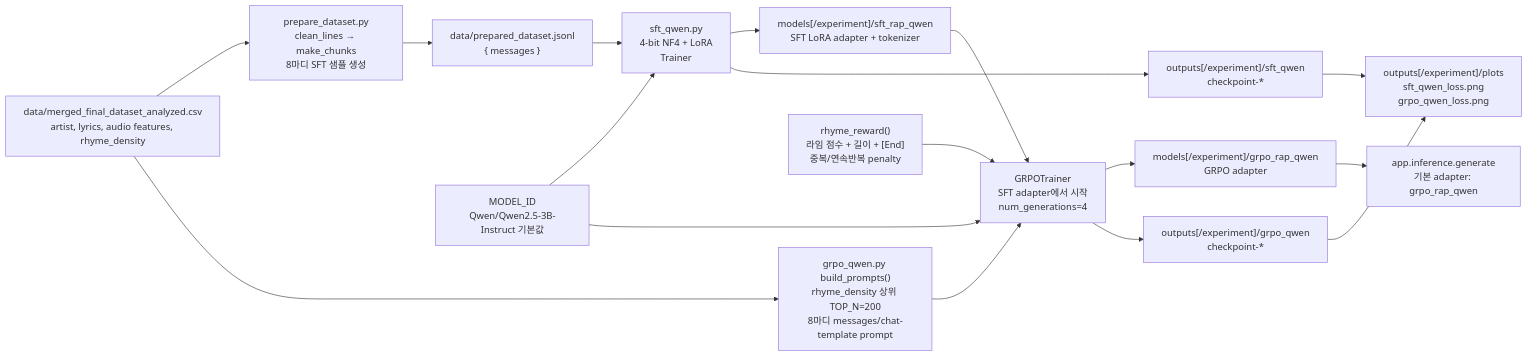
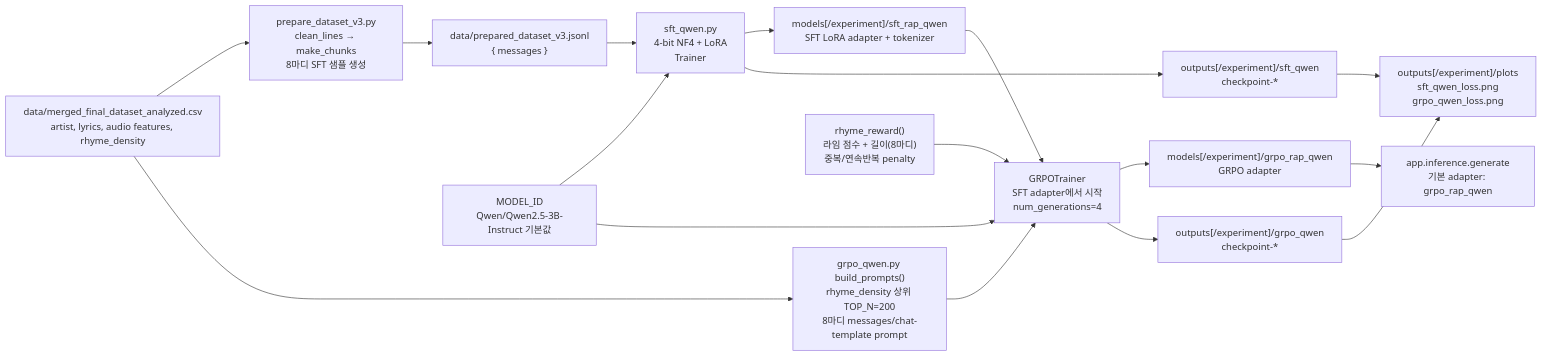
The second of 2 diagrams in pmtm-ai/docs/training-pipeline.md (hnuu785/PMTM), drawn with Mermaid before and after one commit. The commit also changed 14 other files, not shown here.

````diff
--- a/pmtm-ai/docs/training-pipeline.md
+++ b/pmtm-ai/docs/training-pipeline.md
@@ -39,38 +39,38 @@
 ```mermaid
 flowchart LR
     RawCSV["data/merged_final_dataset_analyzed.csv<br/>artist, lyrics, audio features, rhyme_density"]
-    Prepare["prepare_dataset.py<br/>clean_lines → make_chunks<br/>8마디 SFT 샘플 생성"]
-    Jsonl["data/prepared_dataset.jsonl<br/>{ messages }"]
+    Prepare["prepare_dataset_v3.py<br/>clean_lines → make_chunks<br/>8마디 SFT 샘플 생성"]
+    Jsonl["data/prepared_dataset_v3.jsonl<br/>{ messages }"]
 
     Base["MODEL_ID<br/>Qwen/Qwen2.5-3B-Instruct 기본값"]
     SFTTrain["sft_qwen.py<br/>4-bit NF4 + LoRA<br/>Trainer"]
     SFTOut["models[/experiment]/sft_rap_qwen<br/>SFT LoRA adapter + tokenizer"]
     SFTCkpt["outputs[/experiment]/sft_qwen<br/>checkpoint-*"]
 
     PromptBuild["grpo_qwen.py build_prompts()<br/>rhyme_density 상위 TOP_N=200<br/>8마디 messages/chat-template prompt"]
-    Reward["rhyme_reward()<br/>라임 점수 + 길이 + [End]<br/>중복/연속반복 penalty"]
+    Reward["rhyme_reward()<br/>라임 점수 + 길이(8마디)<br/>중복/연속반복 penalty"]
     GRPOTrain["GRPOTrainer<br/>SFT adapter에서 시작<br/>num_generations=4"]
     GRPOOut["models[/experiment]/grpo_rap_qwen<br/>GRPO adapter"]
     GRPOCkpt["outputs[/experiment]/grpo_qwen<br/>checkpoint-*"]
 
     Plots["outputs[/experiment]/plots<br/>sft_qwen_loss.png<br/>grpo_qwen_loss.png"]
     Inference["app.inference.generate<br/>기본 adapter: grpo_rap_qwen"]
 
     RawCSV --> Prepare --> Jsonl
     Jsonl --> SFTTrain
     Base --> SFTTrain
     SFTTrain --> SFTOut
     SFTTrain --> SFTCkpt
 
     RawCSV --> PromptBuild
     SFTOut --> GRPOTrain
     Base --> GRPOTrain
     PromptBuild --> GRPOTrain
     Reward --> GRPOTrain
     GRPOTrain --> GRPOOut
     GRPOTrain --> GRPOCkpt
 
     SFTCkpt --> Plots
     GRPOCkpt --> Plots
     GRPOOut --> Inference
 ```
````
